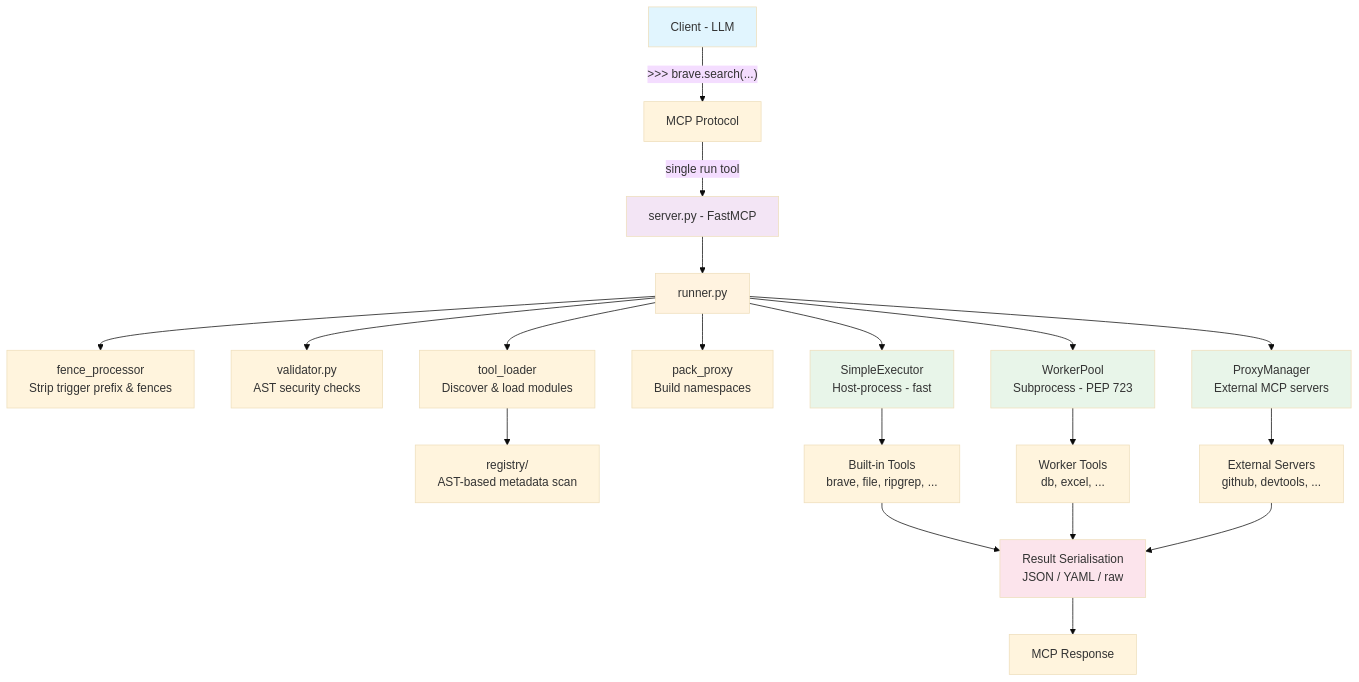
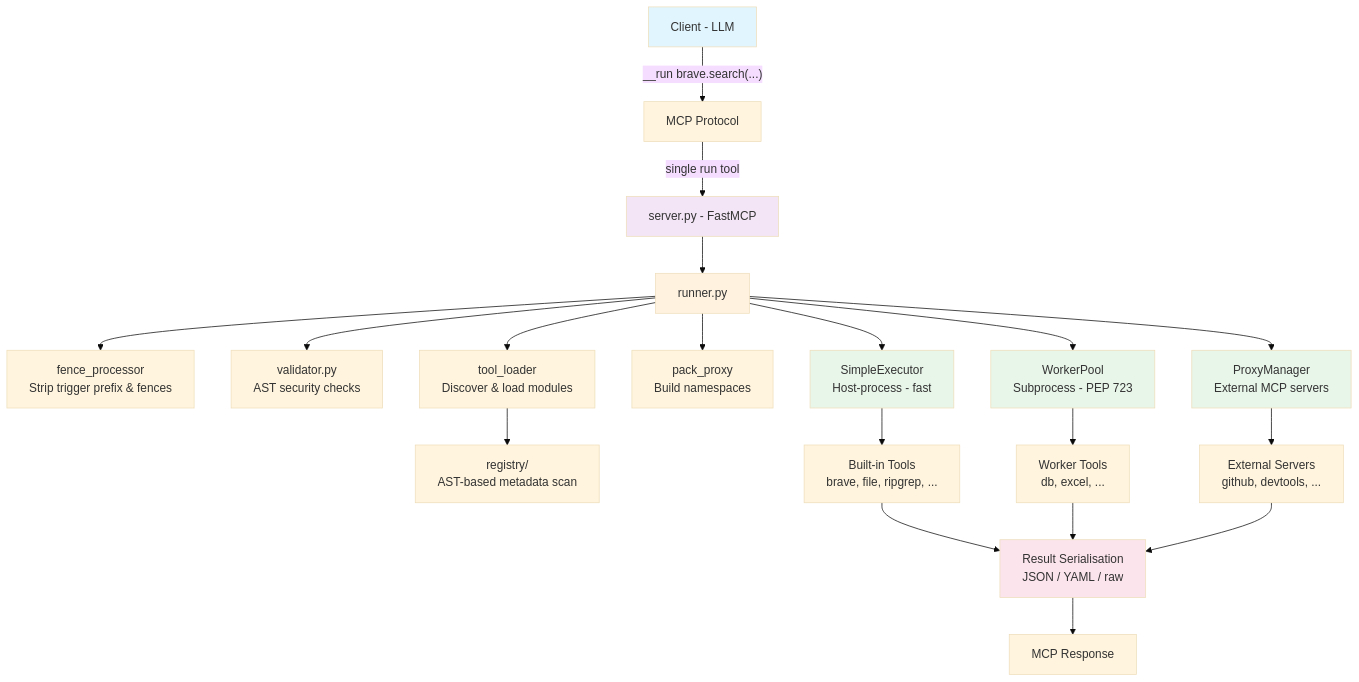
Before and after one commit to beycom/onetool-mcp: the diagram in dev/project/arch/index.md, drawn with Mermaid (base theme). The commit also changed other lines of this file and 28 other files, not shown here.

````diff
--- a/dev/project/arch/index.md
+++ b/dev/project/arch/index.md
@@ -13,36 +13,36 @@
 ```mermaid
 graph TD
-    C[Client - LLM] -->|">>> brave.search(...)"| M[MCP Protocol]
+    C[Client - LLM] -->|"__run brave.search(...)"| M[MCP Protocol]
     M -->|"single run tool"| S[server.py - FastMCP]
 
     S --> R[runner.py]
 
     R --> FP[fence_processor<br/>Strip trigger prefix & fences]
     R --> VA[validator.py<br/>AST security checks]
     R --> TL[tool_loader<br/>Discover & load modules]
     R --> PP[pack_proxy<br/>Build namespaces]
 
     TL --> REG[registry/<br/>AST-based metadata scan]
 
     R --> SE[SimpleExecutor<br/>Host-process - fast]
     R --> WP[WorkerPool<br/>Subprocess - PEP 723]
     R --> PM[ProxyManager<br/>External MCP servers]
 
     SE --> BT[Built-in Tools<br/>brave, file, ripgrep, ...]
     WP --> WT[Worker Tools<br/>db, excel, ...]
     PM --> ET[External Servers<br/>github, devtools, ...]
 
     BT --> SER[Result Serialisation<br/>JSON / YAML / raw]
     WT --> SER
     ET --> SER
 
     SER --> RESP[MCP Response]
 
     style C fill:#e1f5fe
     style S fill:#f3e5f5
     style R fill:#fff3e0
     style SE fill:#e8f5e9
     style WP fill:#e8f5e9
     style PM fill:#e8f5e9
     style SER fill:#fce4ec
 ```
````
